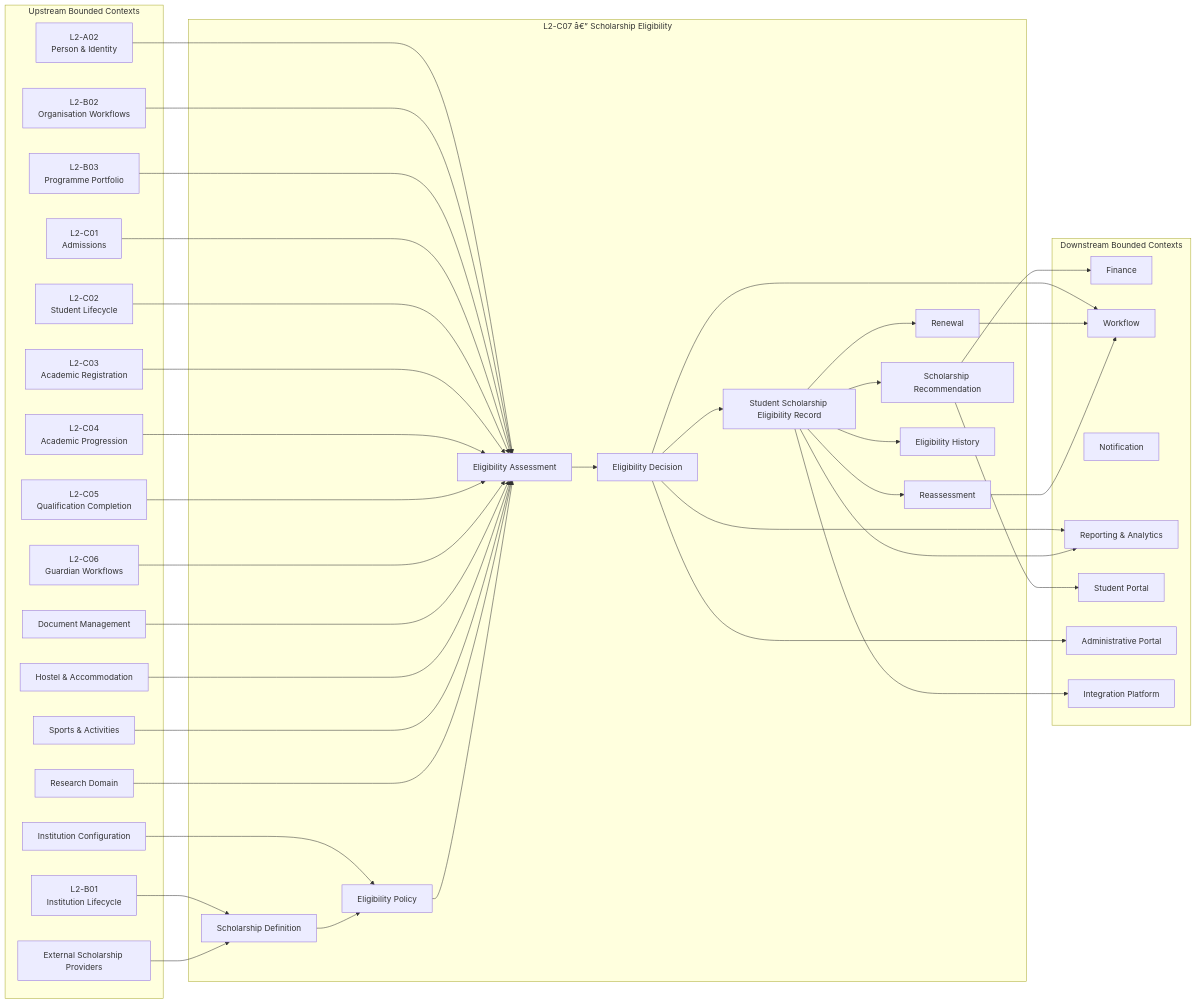
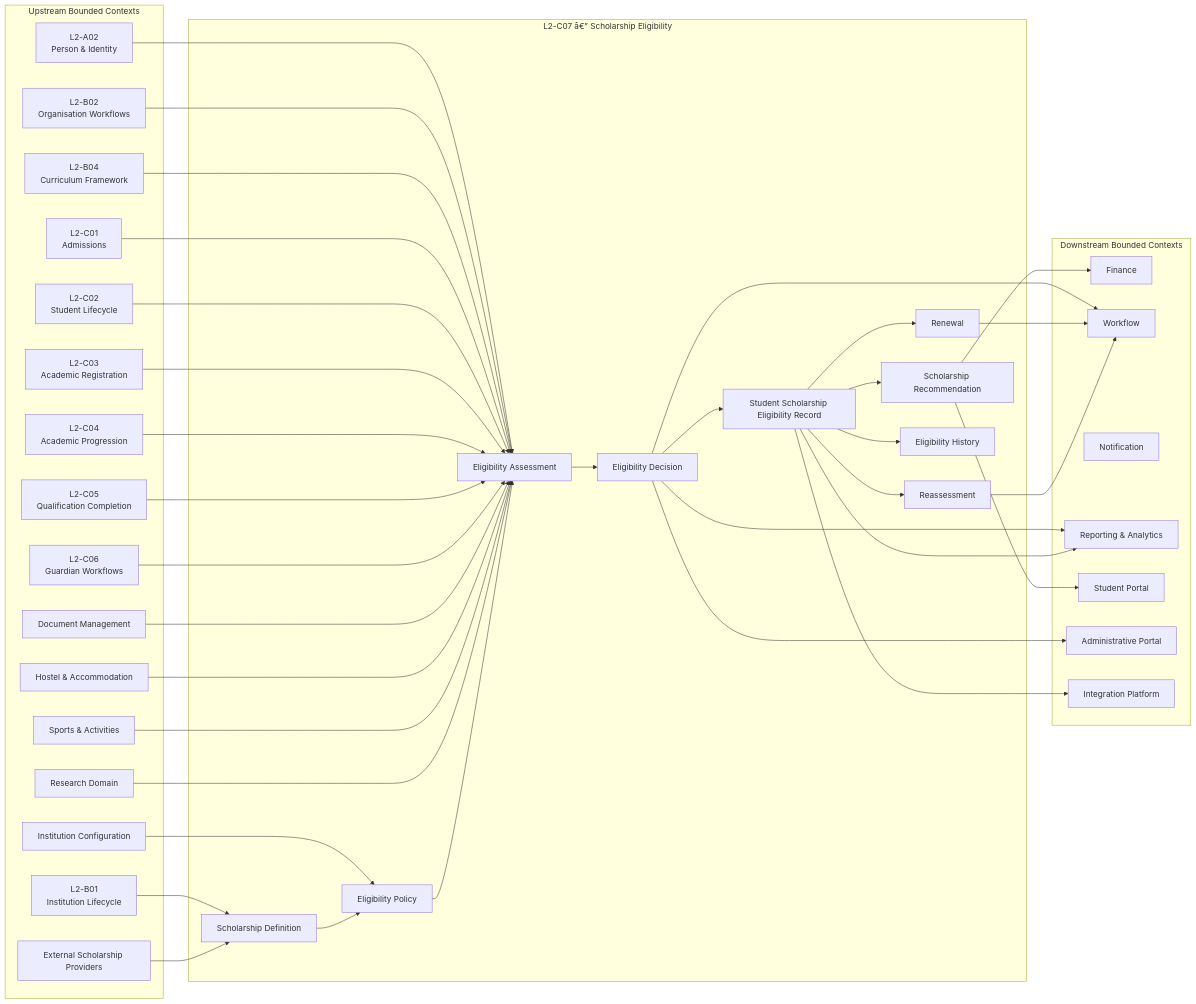
One commit to Varad1604/ERP_hark changed the first of 15 diagrams in architecture/L2_Domain_Workflow_Architecture/section-c/L2-C07_Scholarship_Eligibility_Workflows.md. Above: the diagram before and after it, drawn with Mermaid. The commit also changed other lines of this file and 108 other files, not shown here.

```diff
--- a/architecture/L2_Domain_Workflow_Architecture/section-c/L2-C07_Scholarship_Eligibility_Workflows.md
+++ b/architecture/L2_Domain_Workflow_Architecture/section-c/L2-C07_Scholarship_Eligibility_Workflows.md
@@ -2743,7 +2744,7 @@
 
 B02["L2-B02<br/>Organisation Workflows"]
 
-B03["L2-B03<br/>Programme Portfolio"]
+B03["L2-B04<br/>Curriculum Framework"]
 
 C01["L2-C01<br/>Admissions"]
 
```
